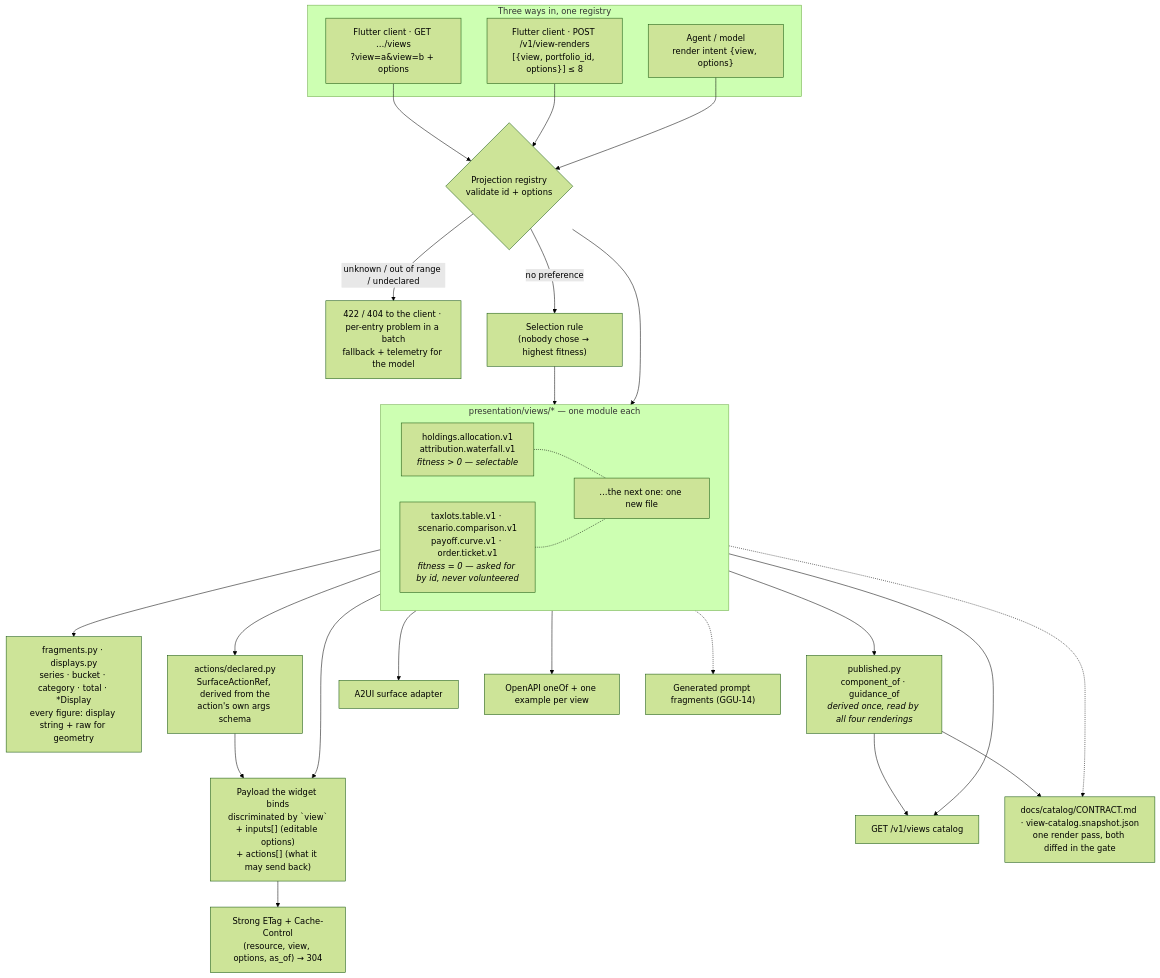
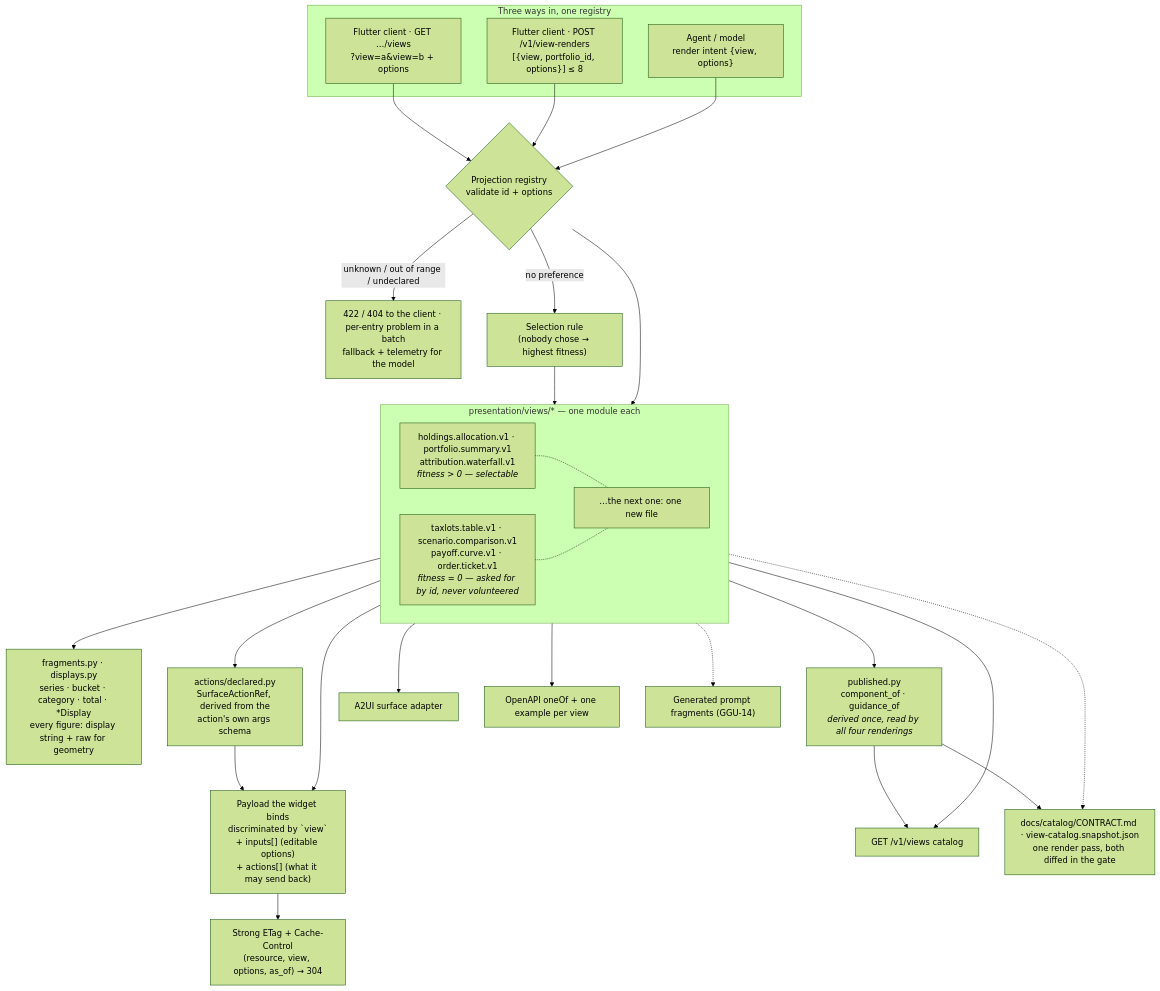
The diagram in docs/diagrams/06-response-shaping.md (somnio-projects/finance-google-a2ui), drawn with Mermaid (forest theme) before and after one commit. The commit also changed 204 other files, not shown here.

````diff
--- a/docs/diagrams/06-response-shaping.md
+++ b/docs/diagrams/06-response-shaping.md
@@ -7,77 +7,77 @@
 ```mermaid
 flowchart TB
     subgraph callers["Three ways in, one registry"]
         cl["Flutter client · GET …/views<br/>?view=a&view=b + options"]
         batch["Flutter client · POST /v1/view-renders<br/>[{view, portfolio_id, options}] ≤ 8"]
         ag["Agent / model<br/>render intent {view, options}"]
     end
     reg{"Projection registry<br/>validate id + options"}
     rej["422 / 404 to the client · per-entry problem in a batch<br/>fallback + telemetry for the model"]
     sel["Selection rule<br/>(nobody chose → highest fitness)"]
     subgraph views["presentation/views/* — one module each"]
-        v1["holdings.allocation.v1<br/>attribution.waterfall.v1<br/><i>fitness > 0 — selectable</i>"]
+        v1["holdings.allocation.v1 · portfolio.summary.v1<br/>attribution.waterfall.v1<br/><i>fitness > 0 — selectable</i>"]
         v2["taxlots.table.v1 · scenario.comparison.v1<br/>payoff.curve.v1 · order.ticket.v1<br/><i>fitness = 0 — asked for by id, never volunteered</i>"]
         vn["…the next one: one new file"]
     end
     frag["fragments.py · displays.py<br/>series · bucket · category · total · *Display<br/>every figure: display string + raw for geometry"]
     decl["actions/declared.py<br/>SurfaceActionRef, derived from the<br/>action's own args schema"]
     pub["published.py<br/>component_of · guidance_of<br/><i>derived once, read by all four renderings</i>"]
     out["Payload the widget binds<br/>discriminated by `view`<br/>+ inputs[] (editable options)<br/>+ actions[] (what it may send back)"]
     etag["Strong ETag + Cache-Control<br/>(resource, view, options, as_of) → 304"]
     a2ui["A2UI surface adapter"]
     cat["GET /v1/views catalog"]
     oa["OpenAPI oneOf + one example per view"]
     pf["Generated prompt fragments (GGU-14)"]
     doc["docs/catalog/CONTRACT.md · view-catalog.snapshot.json<br/>one render pass, both diffed in the gate"]
 
     cl --> reg
     batch --> reg
     ag --> reg
     reg -- "unknown / out of range / undeclared" --> rej
     reg -- "no preference" --> sel --> views
     reg --> views
     views --> frag
     views --> decl --> out
     views --> out
     out --> etag
     views --> a2ui
     views --> pub
     pub --> cat
     pub --> doc
     views --> cat
     views --> oa
     views -.-> pf
     views -.-> doc
     v1 -.- vn
     v2 -.- vn
 
     %% Registering once publishes to five consumers; adding a chart touches
     %% only its own module (ADR-K D-14, D-15) — views/ is auto-discovered,
     %% so not even an import line is edited.
     %% The frozen contract is published twice from ONE registry read: Markdown
     %% for the designer (GGU-41) and JSON for the Flutter catalog test
     %% (GGU-53). A third rendering is one entry in catalog_artifacts.ARTIFACTS.
     %% The batch is a RESOURCE, not an RPC call: POST creates it, 201 returns
     %% it inline, and EVERY entry carries its own status, so one bad view
     %% never sinks the others (ADR-K D-18).
     %% The client's rejection is a 422/404; inside a batch it is that entry's
     %% problem document; the model's is a recorded fallback (ADR-K D-12).
     %% ETag covers the two GET reads only: a POST batch is not revalidated.
     %% A payload declares interactivity TWICE and the two must agree, which
     %% is what GGU-78 found they did not:
     %%   inputs[]  — the editable options, each named EXACTLY as the option
     %%               that sets it, which is what the contract document reads
     %%               to fill its Input column (spec 0019 OD-3)
     %%   actions[] — what a tap may send BACK, and that is a new agent turn,
     %%               not a re-render (spec 0022)
     %% The rule that keeps them apart: if the answer is the same view with
     %% different numbers it is an OPTION; if it is a new turn it is an ACTION.
     %% An ACTION is only invocable if the payload carries the VALUE it sends:
     %% Bucket.key is the symbol drill.attribution.v1 accepts, and before
     %% GGU-53 it did not exist, so the affordance was advertised and unusable.
     %% The COMPONENT NAME is the single string the Flutter client registers
     %% against, so it is derived from the adapter in published.py and never
     %% transcribed. It is compared against the design catalog, the snapshot
     %% and the Markdown by test_component_names.py (spec 0023) — four
     %% declarations of one fact, which is three more than can be trusted.
 ```
````
